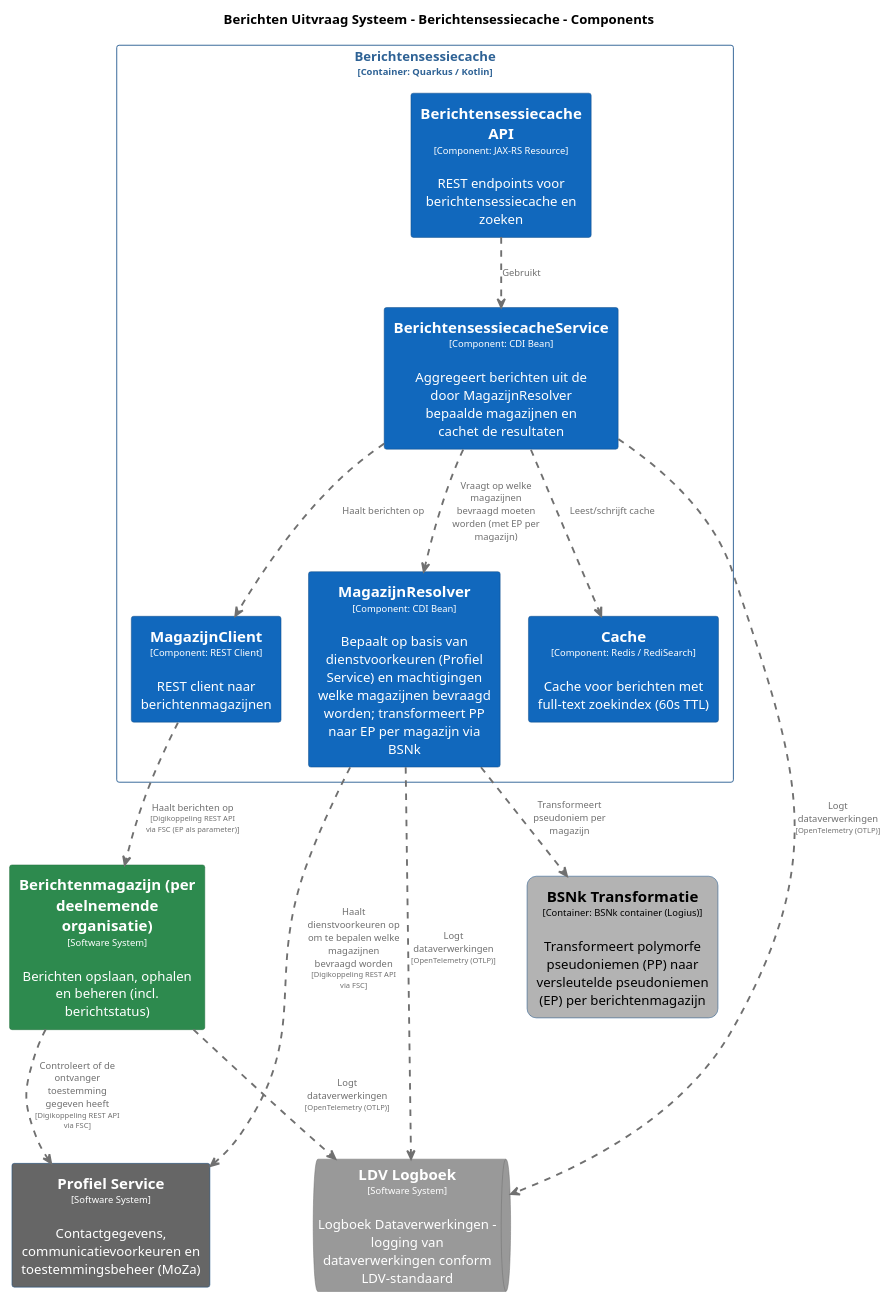
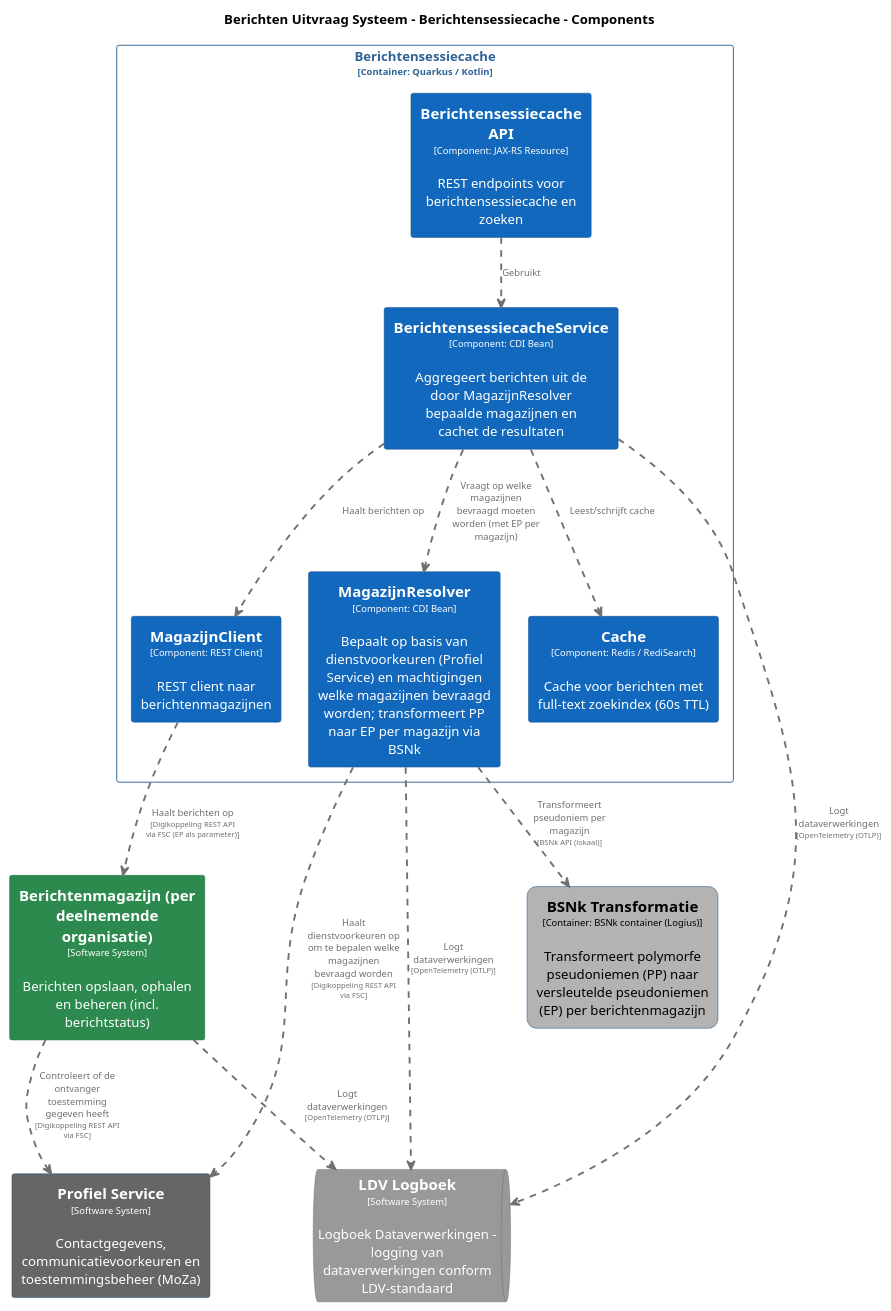
The diagram in pr-preview/pr-22/master/puml/BerichtensessiecacheComponenten.puml (MinBZK/moza-poc-fbs-berichtenbox), drawn with PlantUML before and after one commit. The commit also changed 10 other files, not shown here.

```diff
--- a/pr-preview/pr-22/master/puml/BerichtensessiecacheComponenten.puml
+++ b/pr-preview/pr-22/master/puml/BerichtensessiecacheComponenten.puml
@@ -1,103 +1,103 @@
 @startuml
 set separator none
 title Berichten Uitvraag Systeem - Berichtensessiecache - Components
 
 top to bottom direction
 skinparam ranksep 60
 skinparam nodesep 30
 
 skinparam {
   arrowFontSize 10
   defaultTextAlignment center
   wrapWidth 200
   maxMessageSize 100
 }
 
 hide stereotype
 
 skinparam rectangle<<BerichtenUitvraagSysteem.BSNkTransformatie>> {
   BackgroundColor #b3b3b3
   FontColor #000000
   BorderColor #0b4884
   roundCorner 20
   shadowing false
 }
 skinparam rectangle<<Berichtenmagazijnperdeelnemendeorganisatie>> {
   BackgroundColor #2d8a4e
   FontColor #ffffff
   BorderColor #1e6b38
   shadowing false
 }
 skinparam rectangle<<BerichtenUitvraagSysteem.Berichtensessiecache.BerichtensessiecacheAPI>> {
   BackgroundColor #1168bd
   FontColor #ffffff
   BorderColor #0b4884
   shadowing false
 }
 skinparam rectangle<<BerichtenUitvraagSysteem.Berichtensessiecache.BerichtensessiecacheService>> {
   BackgroundColor #1168bd
   FontColor #ffffff
   BorderColor #0b4884
   shadowing false
 }
 skinparam rectangle<<BerichtenUitvraagSysteem.Berichtensessiecache.Cache>> {
   BackgroundColor #1168bd
   FontColor #ffffff
   BorderColor #0b4884
   shadowing false
 }
 skinparam queue<<LDVLogboek>> {
   BackgroundColor #999999
   FontColor #ffffff
   BorderColor #6b6b6b
   shadowing false
 }
 skinparam rectangle<<BerichtenUitvraagSysteem.Berichtensessiecache.MagazijnClient>> {
   BackgroundColor #1168bd
   FontColor #ffffff
   BorderColor #0b4884
   shadowing false
 }
 skinparam rectangle<<BerichtenUitvraagSysteem.Berichtensessiecache.MagazijnResolver>> {
   BackgroundColor #1168bd
   FontColor #ffffff
   BorderColor #0b4884
   shadowing false
 }
 skinparam rectangle<<ProfielService>> {
   BackgroundColor #666666
   FontColor #ffffff
   BorderColor #0b4884
   shadowing false
 }
 skinparam rectangle<<BerichtenUitvraagSysteem.Berichtensessiecache>> {
   BorderColor #2e6295
   FontColor #2e6295
   shadowing false
 }
 
 rectangle "==Profiel Service\n<size:10>[Software System]</size>\n\nContactgegevens, communicatievoorkeuren en toestemmingsbeheer (MoZa)" <<ProfielService>> as ProfielService
 rectangle "==Berichtenmagazijn (per deelnemende organisatie)\n<size:10>[Software System]</size>\n\nBerichten opslaan, ophalen en beheren (incl. berichtstatus)" <<Berichtenmagazijnperdeelnemendeorganisatie>> as Berichtenmagazijnperdeelnemendeorganisatie
 rectangle "==BSNk Transformatie\n<size:10>[Container: BSNk container (Logius)]</size>\n\nTransformeert polymorfe pseudoniemen (PP) naar versleutelde pseudoniemen (EP) per berichtenmagazijn" <<BerichtenUitvraagSysteem.BSNkTransformatie>> as BerichtenUitvraagSysteem.BSNkTransformatie
 queue "==LDV Logboek\n<size:10>[Software System]</size>\n\nLogboek Dataverwerkingen - logging van dataverwerkingen conform LDV-standaard" <<LDVLogboek>> as LDVLogboek
 
 rectangle "Berichtensessiecache\n<size:10>[Container: Quarkus / Kotlin]</size>" <<BerichtenUitvraagSysteem.Berichtensessiecache>> {
   rectangle "==Berichtensessiecache API\n<size:10>[Component: JAX-RS Resource]</size>\n\nREST endpoints voor berichtensessiecache en zoeken" <<BerichtenUitvraagSysteem.Berichtensessiecache.BerichtensessiecacheAPI>> as BerichtenUitvraagSysteem.Berichtensessiecache.BerichtensessiecacheAPI
   rectangle "==MagazijnResolver\n<size:10>[Component: CDI Bean]</size>\n\nBepaalt op basis van dienstvoorkeuren (Profiel Service) en machtigingen welke magazijnen bevraagd worden; transformeert PP naar EP per magazijn via BSNk" <<BerichtenUitvraagSysteem.Berichtensessiecache.MagazijnResolver>> as BerichtenUitvraagSysteem.Berichtensessiecache.MagazijnResolver
   rectangle "==BerichtensessiecacheService\n<size:10>[Component: CDI Bean]</size>\n\nAggregeert berichten uit de door MagazijnResolver bepaalde magazijnen en cachet de resultaten" <<BerichtenUitvraagSysteem.Berichtensessiecache.BerichtensessiecacheService>> as BerichtenUitvraagSysteem.Berichtensessiecache.BerichtensessiecacheService
   rectangle "==Cache\n<size:10>[Component: Redis / RediSearch]</size>\n\nCache voor berichten met full-text zoekindex (60s TTL)" <<BerichtenUitvraagSysteem.Berichtensessiecache.Cache>> as BerichtenUitvraagSysteem.Berichtensessiecache.Cache
   rectangle "==MagazijnClient\n<size:10>[Component: REST Client]</size>\n\nREST client naar berichtenmagazijnen" <<BerichtenUitvraagSysteem.Berichtensessiecache.MagazijnClient>> as BerichtenUitvraagSysteem.Berichtensessiecache.MagazijnClient
 }
 
 BerichtenUitvraagSysteem.Berichtensessiecache.MagazijnResolver .[#707070,thickness=2].> ProfielService : "<color:#707070>Haalt dienstvoorkeuren op om te bepalen welke magazijnen bevraagd worden\n<color:#707070><size:8>[Digikoppeling REST API via FSC]</size>"
 BerichtenUitvraagSysteem.Berichtensessiecache.MagazijnClient .[#707070,thickness=2].> Berichtenmagazijnperdeelnemendeorganisatie : "<color:#707070>Haalt berichten op\n<color:#707070><size:8>[Digikoppeling REST API via FSC (EP als parameter)]</size>"
 Berichtenmagazijnperdeelnemendeorganisatie .[#707070,thickness=2].> LDVLogboek : "<color:#707070>Logt dataverwerkingen\n<color:#707070><size:8>[OpenTelemetry (OTLP)]</size>"
 BerichtenUitvraagSysteem.Berichtensessiecache.BerichtensessiecacheService .[#707070,thickness=2].> LDVLogboek : "<color:#707070>Logt dataverwerkingen\n<color:#707070><size:8>[OpenTelemetry (OTLP)]</size>"
 BerichtenUitvraagSysteem.Berichtensessiecache.MagazijnResolver .[#707070,thickness=2].> LDVLogboek : "<color:#707070>Logt dataverwerkingen\n<color:#707070><size:8>[OpenTelemetry (OTLP)]</size>"
 BerichtenUitvraagSysteem.Berichtensessiecache.BerichtensessiecacheAPI .[#707070,thickness=2].> BerichtenUitvraagSysteem.Berichtensessiecache.BerichtensessiecacheService : "<color:#707070>Gebruikt"
 BerichtenUitvraagSysteem.Berichtensessiecache.BerichtensessiecacheService .[#707070,thickness=2].> BerichtenUitvraagSysteem.Berichtensessiecache.MagazijnResolver : "<color:#707070>Vraagt op welke magazijnen bevraagd moeten worden (met EP per magazijn)"
 BerichtenUitvraagSysteem.Berichtensessiecache.BerichtensessiecacheService .[#707070,thickness=2].> BerichtenUitvraagSysteem.Berichtensessiecache.Cache : "<color:#707070>Leest/schrijft cache"
 BerichtenUitvraagSysteem.Berichtensessiecache.BerichtensessiecacheService .[#707070,thickness=2].> BerichtenUitvraagSysteem.Berichtensessiecache.MagazijnClient : "<color:#707070>Haalt berichten op"
-BerichtenUitvraagSysteem.Berichtensessiecache.MagazijnResolver .[#707070,thickness=2].> BerichtenUitvraagSysteem.BSNkTransformatie : "<color:#707070>Transformeert pseudoniem per magazijn"
+BerichtenUitvraagSysteem.Berichtensessiecache.MagazijnResolver .[#707070,thickness=2].> BerichtenUitvraagSysteem.BSNkTransformatie : "<color:#707070>Transformeert pseudoniem per magazijn\n<color:#707070><size:8>[BSNk API (lokaal)]</size>"
 Berichtenmagazijnperdeelnemendeorganisatie .[#707070,thickness=2].> ProfielService : "<color:#707070>Controleert of de ontvanger toestemming gegeven heeft\n<color:#707070><size:8>[Digikoppeling REST API via FSC]</size>"
 @enduml
```
